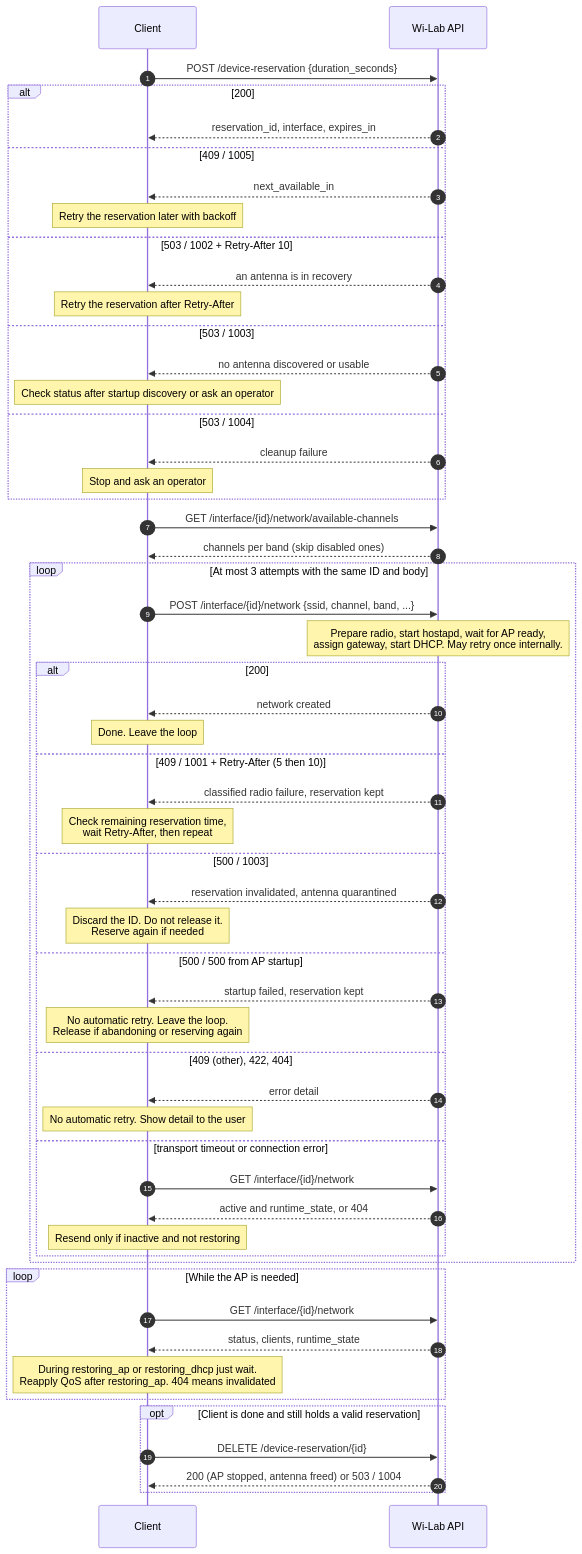
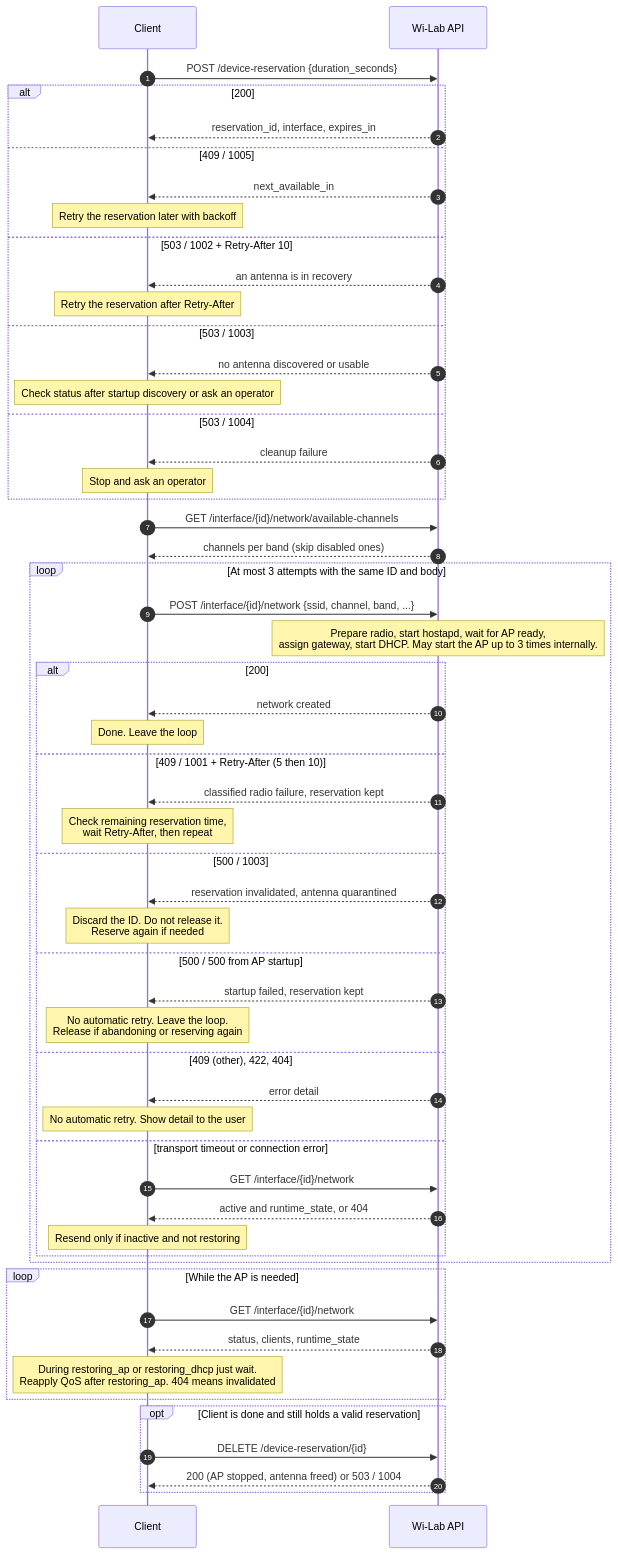
Before and after one commit to caporalesimone/wi-lab: the diagram in docs/ap-creation-procedure.md, drawn with Mermaid. The commit also changed other lines of this file and 6 other files, not shown here.

First line of the commit message:
fix(network): retry transient radio failures inside the create request

````diff
--- a/docs/ap-creation-procedure.md
+++ b/docs/ap-creation-procedure.md
@@ -252,62 +256,62 @@
 ```mermaid
 sequenceDiagram
     autonumber
     participant C as Client
     participant W as Wi-Lab API
 
     C->>W: POST /device-reservation {duration_seconds}
     alt 200
         W-->>C: reservation_id, interface, expires_in
     else 409 / 1005
         W-->>C: next_available_in
         Note over C: Retry the reservation later with backoff
     else 503 / 1002 + Retry-After 10
         W-->>C: an antenna is in recovery
         Note over C: Retry the reservation after Retry-After
     else 503 / 1003
         W-->>C: no antenna discovered or usable
         Note over C: Check status after startup discovery or ask an operator
     else 503 / 1004
         W-->>C: cleanup failure
         Note over C: Stop and ask an operator
     end
 
     C->>W: GET /interface/{id}/network/available-channels
     W-->>C: channels per band (skip disabled ones)
 
     loop At most 3 attempts with the same ID and body
         C->>W: POST /interface/{id}/network {ssid, channel, band, ...}
-        Note over W: Prepare radio, start hostapd, wait for AP ready,<br/>assign gateway, start DHCP. May retry once internally.
+        Note over W: Prepare radio, start hostapd, wait for AP ready,<br/>assign gateway, start DHCP. May start the AP up to 3 times internally.
         alt 200
             W-->>C: network created
             Note over C: Done. Leave the loop
         else 409 / 1001 + Retry-After (5 then 10)
             W-->>C: classified radio failure, reservation kept
             Note over C: Check remaining reservation time,<br/>wait Retry-After, then repeat
         else 500 / 1003
             W-->>C: reservation invalidated, antenna quarantined
             Note over C: Discard the ID. Do not release it.<br/>Reserve again if needed
         else 500 / 500 from AP startup
             W-->>C: startup failed, reservation kept
             Note over C: No automatic retry. Leave the loop.<br/>Release if abandoning or reserving again
         else 409 (other), 422, 404
             W-->>C: error detail
             Note over C: No automatic retry. Show detail to the user
         else transport timeout or connection error
             C->>W: GET /interface/{id}/network
             W-->>C: active and runtime_state, or 404
             Note over C: Resend only if inactive and not restoring
         end
     end
 
     loop While the AP is needed
         C->>W: GET /interface/{id}/network
         W-->>C: status, clients, runtime_state
         Note over C: During restoring_ap or restoring_dhcp just wait.<br/>Reapply QoS after restoring_ap. 404 means invalidated
     end
 
     opt Client is done and still holds a valid reservation
         C->>W: DELETE /device-reservation/{id}
         W-->>C: 200 (AP stopped, antenna freed) or 503 / 1004
     end
 ```
````
